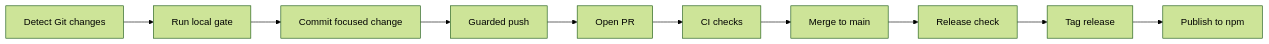
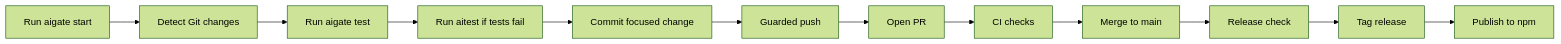
One commit to LeeHueeng/aigate-ai-git-workflow-guard-cli changed the first of 2 diagrams in docs/operations.en.md. Above: the diagram before and after it, drawn with Mermaid (forest theme). The commit also changed other lines of this file and 58 other files, not shown here.

First line of the commit message:
feat: add guided start and ai test automation

````diff
--- a/docs/operations.en.md
+++ b/docs/operations.en.md
@@ -12,12 +12,14 @@
 ```mermaid
 flowchart LR
-  A["Detect Git changes"] --> B["Run local gate"]
-  B --> C["Commit focused change"]
-  C --> D["Guarded push"]
-  D --> E["Open PR"]
-  E --> F["CI checks"]
-  F --> G["Merge to main"]
-  G --> H["Release check"]
-  H --> I["Tag release"]
-  I --> J["Publish to npm"]
+  A["Run aigate start"] --> B["Detect Git changes"]
+  B --> C["Run aigate test"]
+  C --> D["Run aitest if tests fail"]
+  D --> E["Commit focused change"]
+  E --> F["Guarded push"]
+  F --> G["Open PR"]
+  G --> H["CI checks"]
+  H --> I["Merge to main"]
+  I --> J["Release check"]
+  J --> K["Tag release"]
+  K --> L["Publish to npm"]
 ```
````
